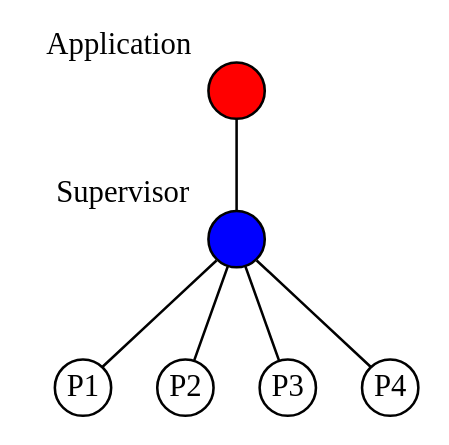
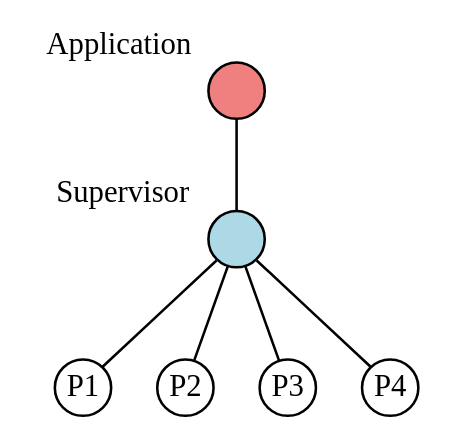
The tenth of 18 diagrams in presentation.org (dont-rely-on-nulls/gambiconf-2025), drawn with Graphviz before and after one commit. The commit also changed other lines of this file and 19 other files, not shown here.

```diff
--- a/presentation.org
+++ b/presentation.org
@@ -548,32 +548,32 @@
 #+BEGIN_SRC dot :file ./img/erlang_app_structure.png :cmdline -Kdot -Tpng :exports results
 graph g {
   ratio=fill
   splines=spline
   overlap=scale
   
   node [
     label="", 
     xlabel="",
     shape=circle,
     fixedsize=true,
     width=0.3,
     color="black",
     fillcolor="white",
     style="filled,solid",
     fontsize=12
   ]
   
-  app [xlabel="Application", pos="1,1", fillcolor="red"]
-  sup [xlabel="Supervisor", pos="1,1", fillcolor="blue"]
+  app [xlabel="Application", pos="1,1", fillcolor="lightcoral"]
+  sup [xlabel="Supervisor", pos="1,1", fillcolor="lightblue"]
   w1 [label="P1", pos="0,0"]
   w2 [label="P2", pos="0,1"]
   w3 [label="P3", pos="0,2"]
   w4 [label="P4", pos="0,3"]
   
   app -- sup
   sup -- w1
   sup -- w2
   sup -- w3
   sup -- w4
 }
 #+END_SRC
```
